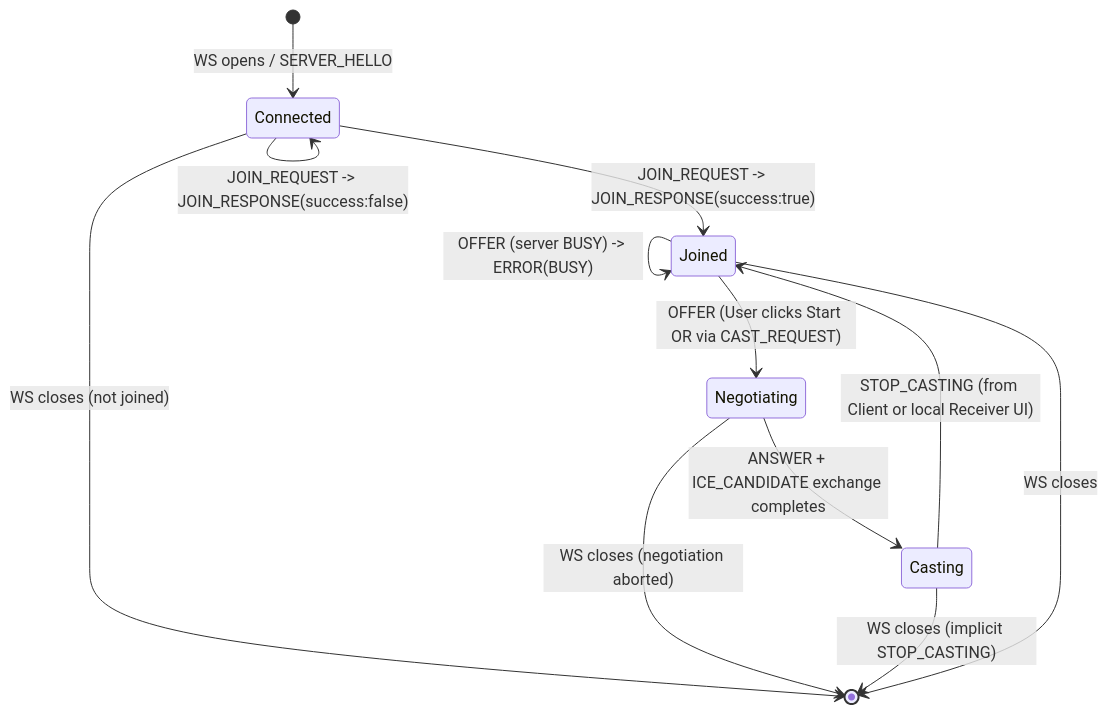
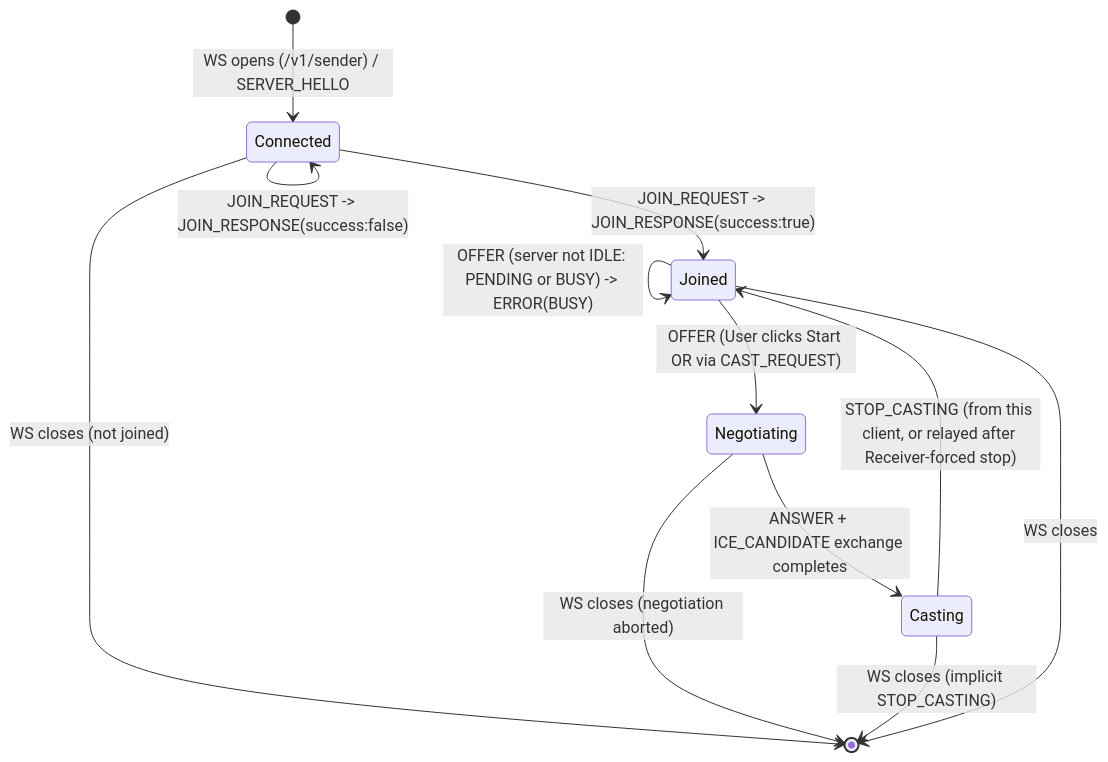
The first of 3 diagrams in docs/contract.md (KSIUJ/KStreamI), drawn with Mermaid before and after one commit. The commit also changed other lines of this file, not shown here.

````diff
--- a/docs/contract.md
+++ b/docs/contract.md
@@ -267,19 +349,19 @@
-```mermaid 
+```mermaid
   stateDiagram-v2
-    [*] --> Connected: WS opens / SERVER_HELLO
-    
+    [*] --> Connected: WS opens (/v1/sender) / SERVER_HELLO
+
     Connected --> Connected: JOIN_REQUEST -> JOIN_RESPONSE(success:false)
     Connected --> Joined: JOIN_REQUEST -> JOIN_RESPONSE(success:true)
     Connected --> [*]: WS closes (not joined)
-    
+
     Joined --> Negotiating: OFFER (User clicks Start OR via CAST_REQUEST)
-    Joined --> Joined: OFFER (server BUSY) -> ERROR(BUSY)
-    
+    Joined --> Joined: OFFER (server not IDLE: PENDING or BUSY) -> ERROR(BUSY)
+
     Negotiating --> Casting: ANSWER + ICE_CANDIDATE exchange completes
     Negotiating --> [*]: WS closes (negotiation aborted)
-    
-    Casting --> Joined: STOP_CASTING (from Client or local Receiver UI)
+
+    Casting --> Joined: STOP_CASTING (from this client, or relayed after Receiver-forced stop)
     Casting --> [*]: WS closes (implicit STOP_CASTING)
-    
+
     Joined --> [*]: WS closes
 ```
````
